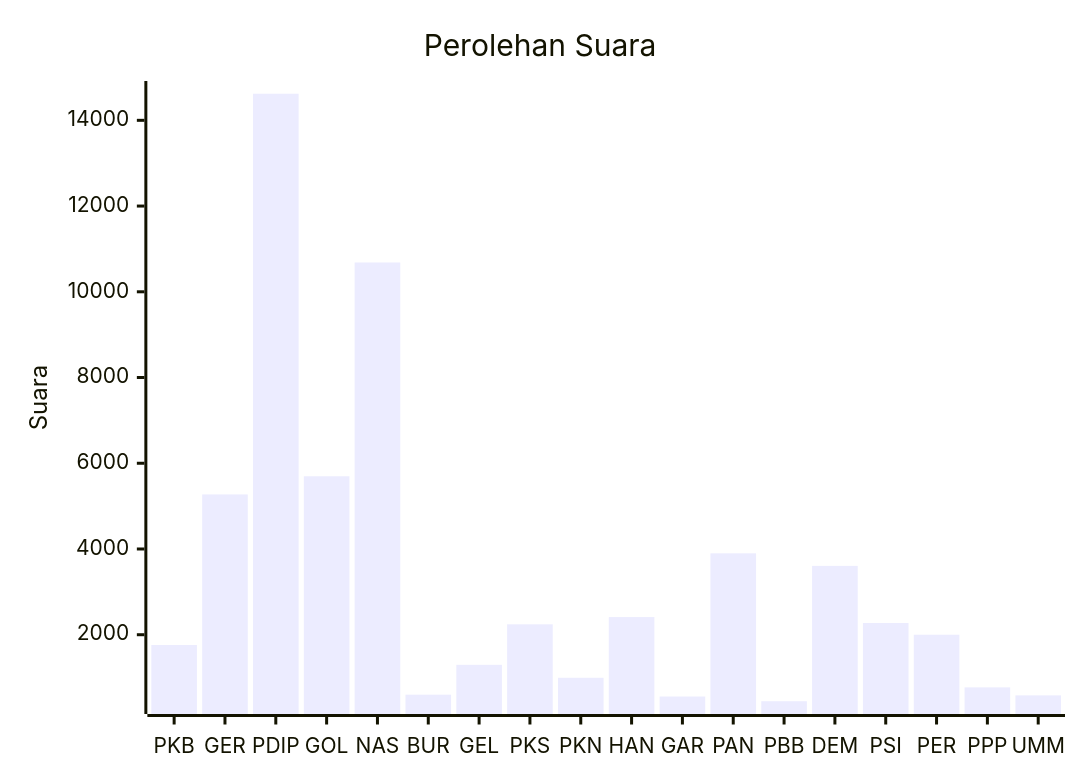
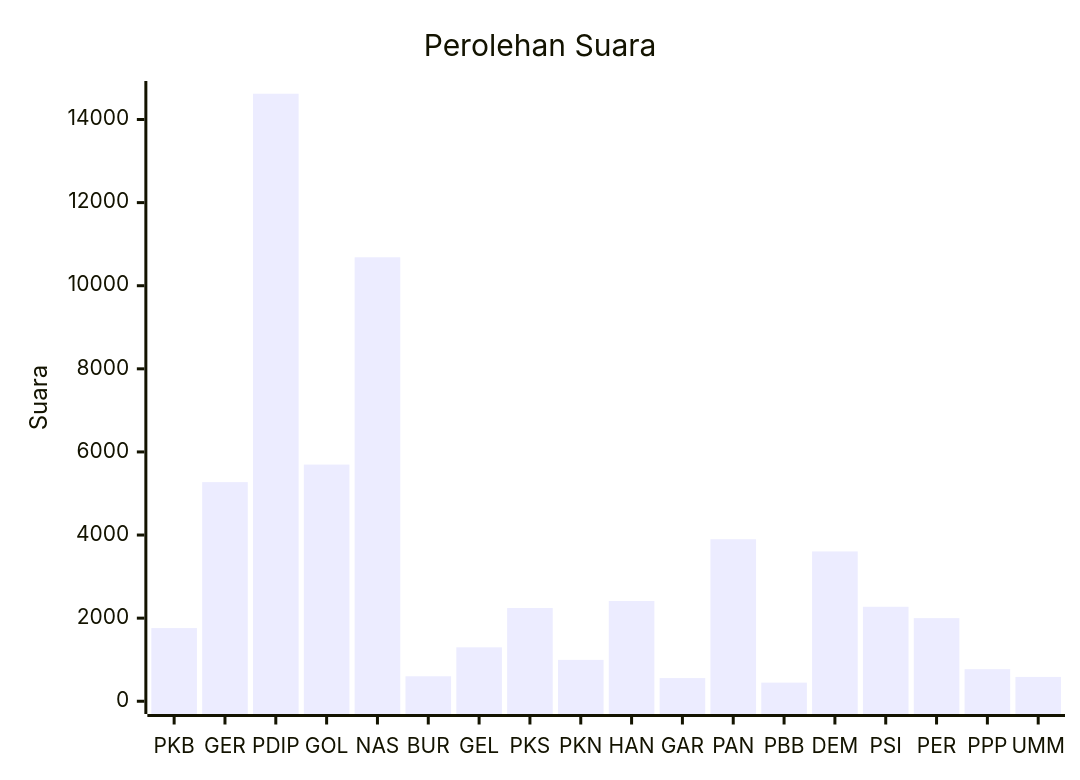
One commit to gigit-pemilu/pemilu-2024 changed the diagram in pileg-dpr/hitung-suara/sub/table-wilayah-91.md. Above: the diagram before and after it, drawn with Mermaid. The commit also changed 57 other files, not shown here.

````diff
--- a/pileg-dpr/hitung-suara/sub/table-wilayah-91.md
+++ b/pileg-dpr/hitung-suara/sub/table-wilayah-91.md
@@ -7,7 +7,7 @@
 ```mermaid
 xychart-beta
     title "Perolehan Suara"
     x-axis [PKB, GER, PDIP, GOL, NAS, BUR, GEL, PKS, PKN, HAN, GAR, PAN, PBB, DEM, PSI, PER, PPP, UMM]
-    y-axis "Suara"
+    y-axis "Suara" 0 --> 14620
     bar [1761, 5273, 14620, 5696, 10684, 601, 1298, 2243, 996, 2412, 558, 3899, 448, 3606, 2274, 2000, 772, 585]
 ```
````
